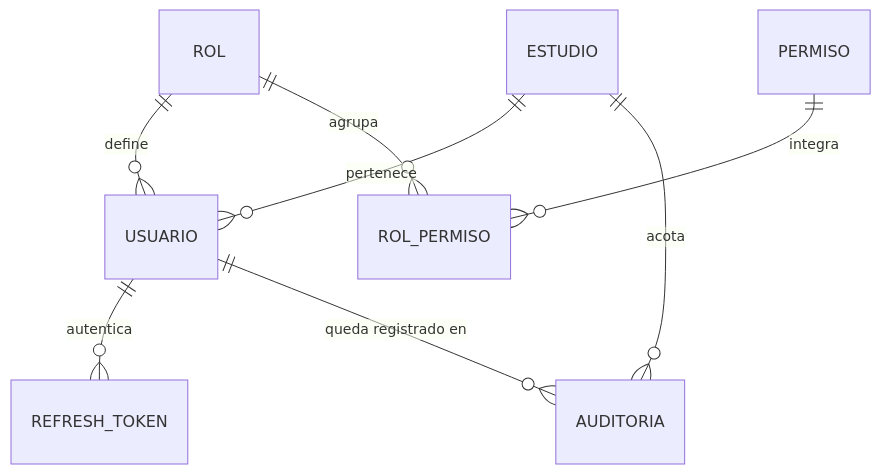
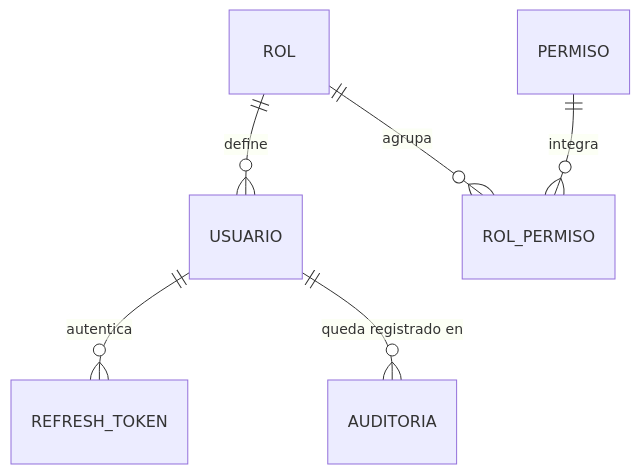
One commit to martinmaine/sistemalegal changed the third of 3 diagrams in docs/esquema-base-de-datos.md. Above: the diagram before and after it, drawn with Mermaid. The commit also changed other lines of this file and 18 other files, not shown here.

````diff
--- a/docs/esquema-base-de-datos.md
+++ b/docs/esquema-base-de-datos.md
@@ -139,10 +138,8 @@
 ```mermaid
 erDiagram
-    ESTUDIO       ||--o{ USUARIO       : pertenece
     ROL           ||--o{ USUARIO       : define
     ROL           ||--o{ ROL_PERMISO   : agrupa
     PERMISO       ||--o{ ROL_PERMISO   : integra
     USUARIO       ||--o{ REFRESH_TOKEN : autentica
     USUARIO       ||--o{ AUDITORIA     : "queda registrado en"
-    ESTUDIO       ||--o{ AUDITORIA     : acota
 ```
````
